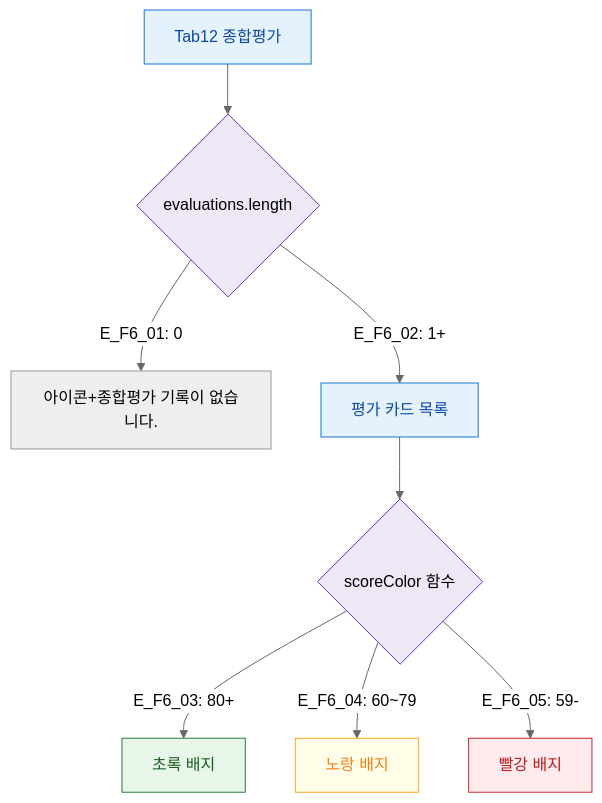
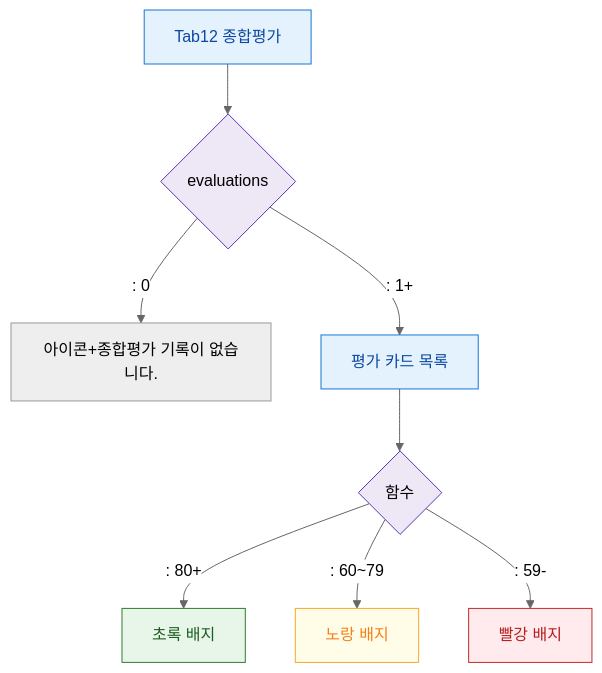
Before and after one commit to dev-spogym/admin-pando: the diagram in docs/다이어그램/D02_회원관리/SCR-M004_회원상세/Tab12_종합평가/F6_상태별.md, drawn with Mermaid (neutral theme). The commit also changed other lines of this file and 1660 other files, not shown here.

First line of the commit message:
다이어그램: 기획자/클라이언트 납품본으로 정리

````diff
--- a/docs/다이어그램/D02_회원관리/SCR-M004_회원상세/Tab12_종합평가/F6_상태별.md
+++ b/docs/다이어그램/D02_회원관리/SCR-M004_회원상세/Tab12_종합평가/F6_상태별.md
@@ -22,22 +20,22 @@
 ```mermaid
 flowchart TD
-  TAB[Tab12 종합평가] --> LIST{evaluations.length}
-  LIST -->|"E_F6_01: 0"| EMPTY[아이콘+종합평가 기록이 없습니다.]
-  LIST -->|"E_F6_02: 1+"| CARDS[평가 카드 목록]
+  TAB[Tab12 종합평가] --> LIST{evaluations}
+  LIST -->|": 0"|EMPTY[아이콘+종합평가 기록이 없습니다.]
+  LIST -->|": 1+"|CARDS[평가 카드 목록]
 
-  CARDS --> SCORE{scoreColor 함수}
-  SCORE -->|"E_F6_03: 80+"| HIGH[초록 배지]
-  SCORE -->|"E_F6_04: 60~79"| MID[노랑 배지]
-  SCORE -->|"E_F6_05: 59-"| LOW[빨강 배지]
+  CARDS --> SCORE{함수}
+  SCORE -->|": 80+"|HIGH[초록 배지]
+  SCORE -->|": 60~79"|MID[노랑 배지]
+  SCORE -->|": 59-"|LOW[빨강 배지]
 
   classDef screen fill:#E3F2FD,stroke:#1976D2,color:#0D47A1
   classDef success fill:#E8F5E9,stroke:#2E7D32,color:#1B5E20
   classDef warning fill:#FFFDE7,stroke:#F9A825,color:#F57F17
   classDef error fill:#FFEBEE,stroke:#C62828,color:#B71C1C
   classDef system fill:#EDE7F6,stroke:#5E35B2
   class TAB,CARDS screen
   class HIGH success
   class MID warning
   class LOW error
   class LIST,SCORE system
 ```
````
